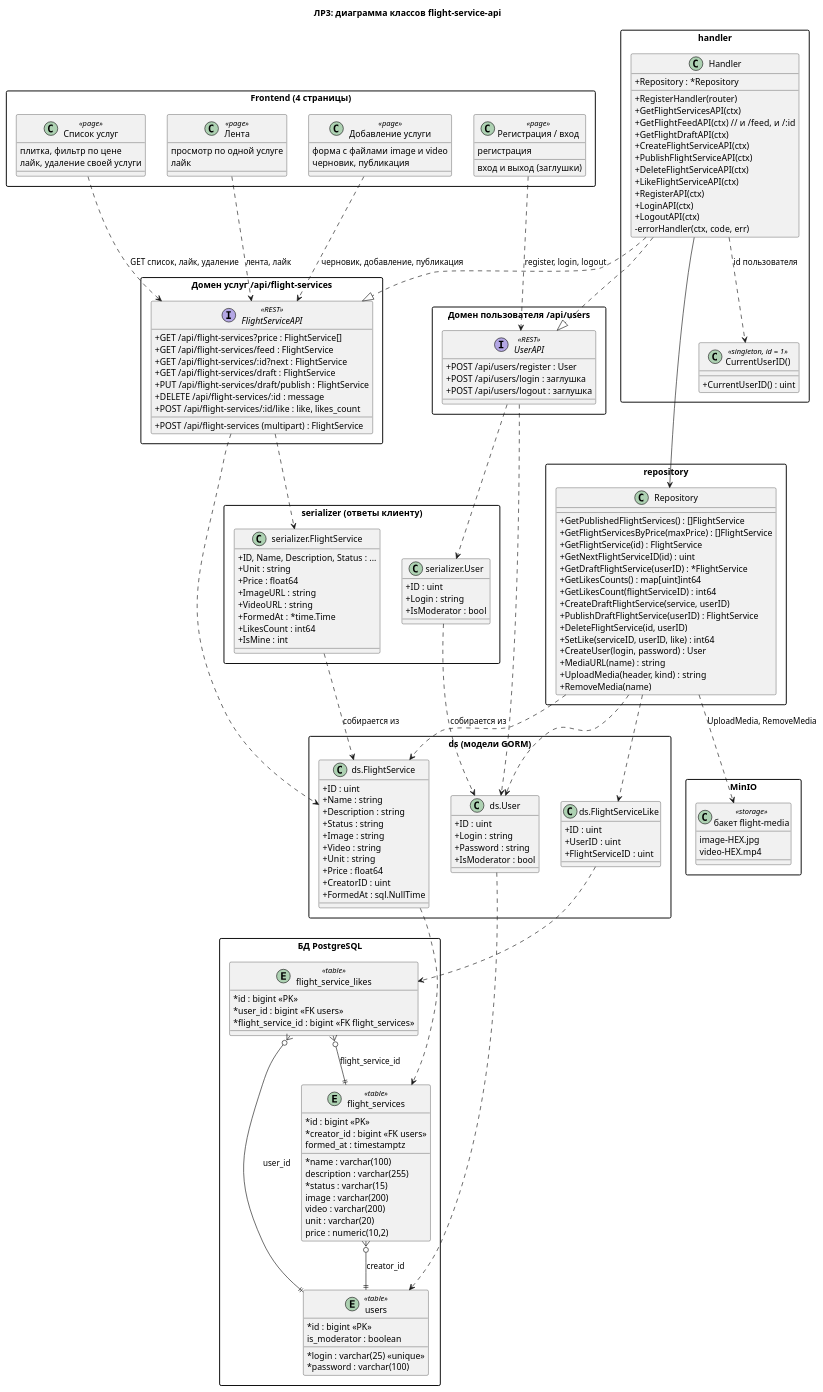
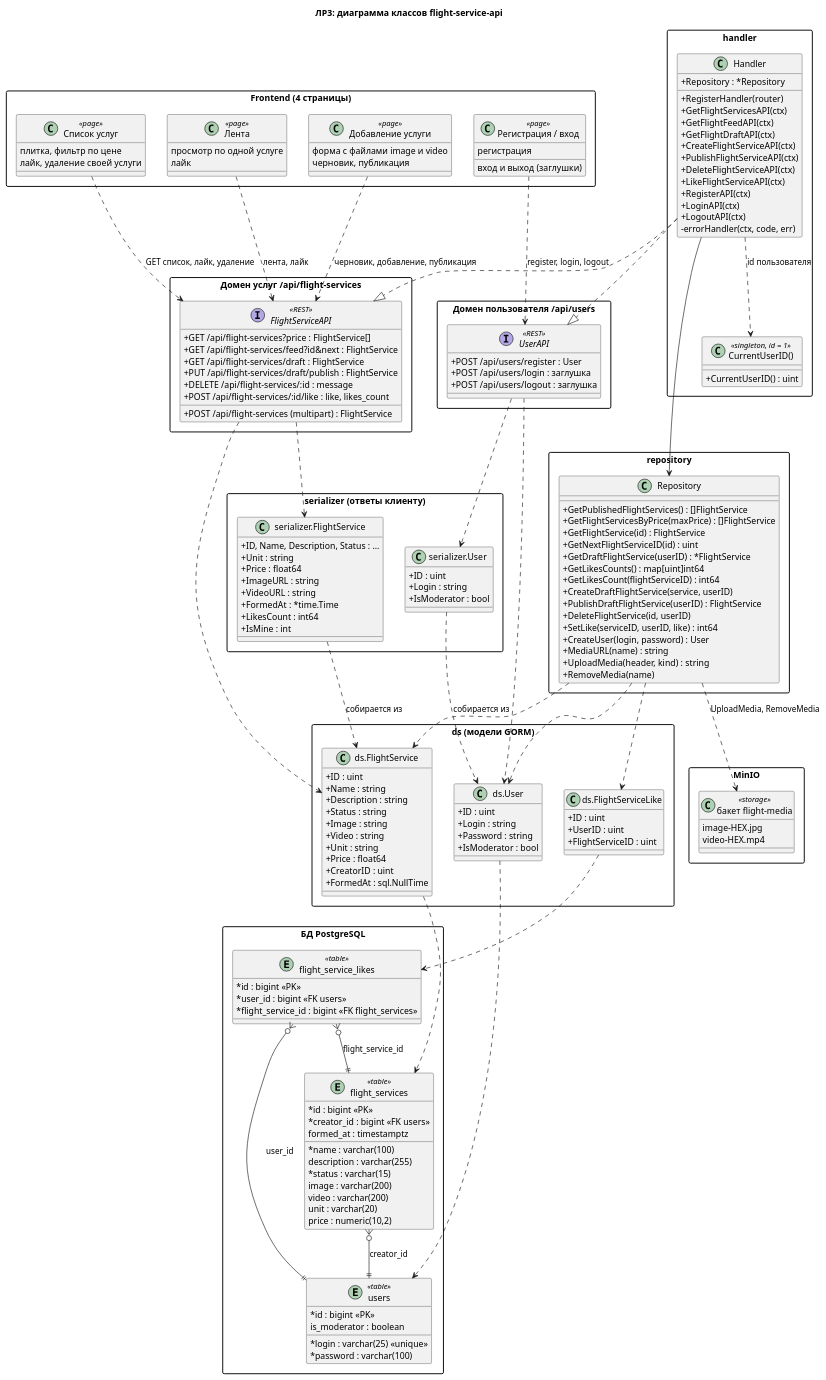
Before and after one commit to virsi/flight-service-api: the diagram in docs/lab3-class-diagram.puml, drawn with PlantUML. The commit also changed 5 other files, not shown here.

Commit message:
ЛР3: 10 методов API, лента одним маршрутом /feed (?id=, ?next=true)

```diff
--- a/docs/lab3-class-diagram.puml
+++ b/docs/lab3-class-diagram.puml
@@ -1,199 +1,198 @@
 @startuml lab3-class-diagram
 title ЛР3: диаграмма классов flight-service-api
 skinparam classAttributeIconSize 0
 skinparam packageStyle rectangle
 
 package "Frontend (4 страницы)" {
   class "Список услуг" as PageList <<page>> {
     плитка, фильтр по цене
     лайк, удаление своей услуги
   }
   class "Лента" as PageFeed <<page>> {
     просмотр по одной услуге
     лайк
   }
   class "Добавление услуги" as PageAdd <<page>> {
     форма с файлами image и video
     черновик, публикация
   }
   class "Регистрация / вход" as PageAuth <<page>> {
     регистрация
     вход и выход (заглушки)
   }
 }
 
 package "Домен услуг /api/flight-services" {
   interface FlightServiceAPI <<REST>> {
     + GET /api/flight-services?price : FlightService[]
-    + GET /api/flight-services/feed : FlightService
-    + GET /api/flight-services/:id?next : FlightService
+    + GET /api/flight-services/feed?id&next : FlightService
     + GET /api/flight-services/draft : FlightService
     + POST /api/flight-services (multipart) : FlightService
     + PUT /api/flight-services/draft/publish : FlightService
     + DELETE /api/flight-services/:id : message
     + POST /api/flight-services/:id/like : like, likes_count
   }
 }
 
 package "Домен пользователя /api/users" {
   interface UserAPI <<REST>> {
     + POST /api/users/register : User
     + POST /api/users/login : заглушка
     + POST /api/users/logout : заглушка
   }
 }
 
 package "handler" {
   class Handler {
     + Repository : *Repository
     + RegisterHandler(router)
     + GetFlightServicesAPI(ctx)
-    + GetFlightFeedAPI(ctx)  // и /feed, и /:id
+    + GetFlightFeedAPI(ctx)
     + GetFlightDraftAPI(ctx)
     + CreateFlightServiceAPI(ctx)
     + PublishFlightServiceAPI(ctx)
     + DeleteFlightServiceAPI(ctx)
     + LikeFlightServiceAPI(ctx)
     + RegisterAPI(ctx)
     + LoginAPI(ctx)
     + LogoutAPI(ctx)
     - errorHandler(ctx, code, err)
   }
   class "CurrentUserID()" as CurrentUser <<singleton, id = 1>> {
     + CurrentUserID() : uint
   }
 }
 
 package "repository" {
   class Repository {
     + GetPublishedFlightServices() : []FlightService
     + GetFlightServicesByPrice(maxPrice) : []FlightService
     + GetFlightService(id) : FlightService
     + GetNextFlightServiceID(id) : uint
     + GetDraftFlightService(userID) : *FlightService
     + GetLikesCounts() : map[uint]int64
     + GetLikesCount(flightServiceID) : int64
     + CreateDraftFlightService(service, userID)
     + PublishDraftFlightService(userID) : FlightService
     + DeleteFlightService(id, userID)
     + SetLike(serviceID, userID, like) : int64
     + CreateUser(login, password) : User
     + MediaURL(name) : string
     + UploadMedia(header, kind) : string
     + RemoveMedia(name)
   }
 }
 
 package "ds (модели GORM)" {
   class "ds.FlightService" as DsFlightService {
     + ID : uint
     + Name : string
     + Description : string
     + Status : string
     + Image : string
     + Video : string
     + Unit : string
     + Price : float64
     + CreatorID : uint
     + FormedAt : sql.NullTime
   }
   class "ds.User" as DsUser {
     + ID : uint
     + Login : string
     + Password : string
     + IsModerator : bool
   }
   class "ds.FlightServiceLike" as DsLike {
     + ID : uint
     + UserID : uint
     + FlightServiceID : uint
   }
 }
 
 package "serializer (ответы клиенту)" {
   class "serializer.FlightService" as SerFlightService {
     + ID, Name, Description, Status : ...
     + Unit : string
     + Price : float64
     + ImageURL : string
     + VideoURL : string
     + FormedAt : *time.Time
     + LikesCount : int64
     + IsMine : int
   }
   class "serializer.User" as SerUser {
     + ID : uint
     + Login : string
     + IsModerator : bool
   }
 }
 
 package "БД PostgreSQL" {
   entity flight_services <<table>> {
     * id : bigint <<PK>>
     * name : varchar(100)
     description : varchar(255)
     * status : varchar(15)
     image : varchar(200)
     video : varchar(200)
     unit : varchar(20)
     price : numeric(10,2)
     * creator_id : bigint <<FK users>>
     formed_at : timestamptz
   }
   entity users <<table>> {
     * id : bigint <<PK>>
     * login : varchar(25) <<unique>>
     * password : varchar(100)
     is_moderator : boolean
   }
   entity flight_service_likes <<table>> {
     * id : bigint <<PK>>
     * user_id : bigint <<FK users>>
     * flight_service_id : bigint <<FK flight_services>>
   }
 }
 
 package "MinIO" {
   class "бакет flight-media" as Bucket <<storage>> {
     image-HEX.jpg
     video-HEX.mp4
   }
 }
 
 ' страницы -> домены
 PageList ..> FlightServiceAPI : GET список, лайк, удаление
 PageFeed ..> FlightServiceAPI : лента, лайк
 PageAdd ..> FlightServiceAPI : черновик, добавление, публикация
 PageAuth ..> UserAPI : register, login, logout
 
 ' реализация интерфейсов
 Handler ..|> FlightServiceAPI
 Handler ..|> UserAPI
 Handler ..> CurrentUser : id пользователя
 Handler --> Repository
 
 ' домены -> модели и сериализаторы
 FlightServiceAPI ..> SerFlightService
 FlightServiceAPI ..> DsFlightService
 UserAPI ..> SerUser
 UserAPI ..> DsUser
 SerFlightService ..> DsFlightService : собирается из
 SerUser ..> DsUser : собирается из
 
 ' Repository -> модели, MinIO
 Repository ..> DsFlightService
 Repository ..> DsUser
 Repository ..> DsLike
 Repository ..> Bucket : UploadMedia, RemoveMedia
 
 ' модели -> таблицы
 DsFlightService ..> flight_services
 DsUser ..> users
 DsLike ..> flight_service_likes
 
 ' связи таблиц
 flight_services }o--|| users : creator_id
 flight_service_likes }o--|| users : user_id
 flight_service_likes }o--|| flight_services : flight_service_id
 @enduml
```
